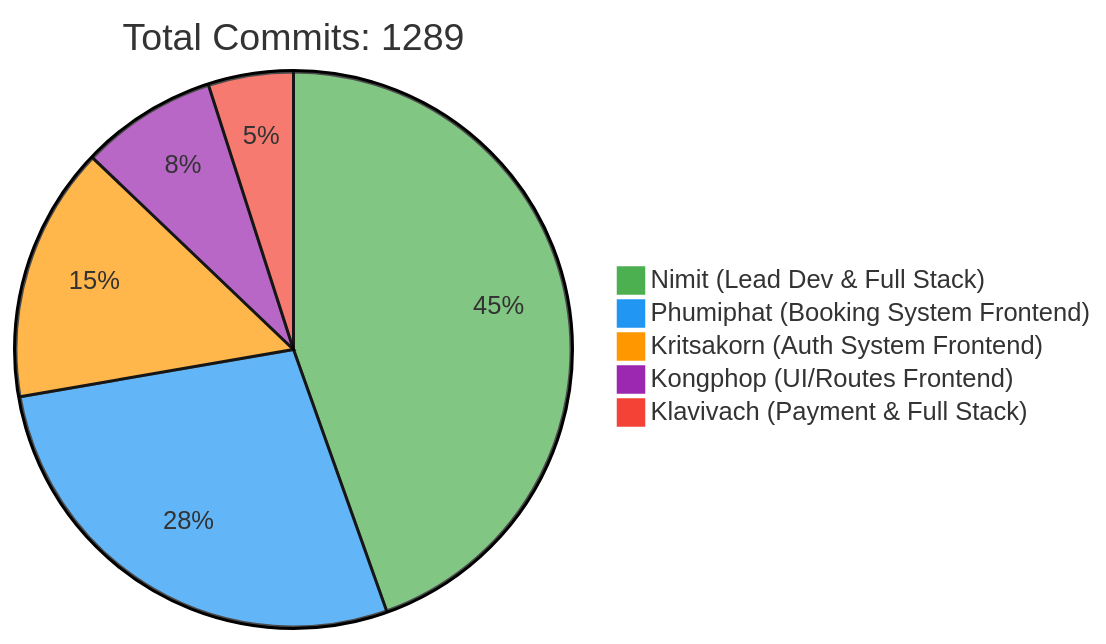
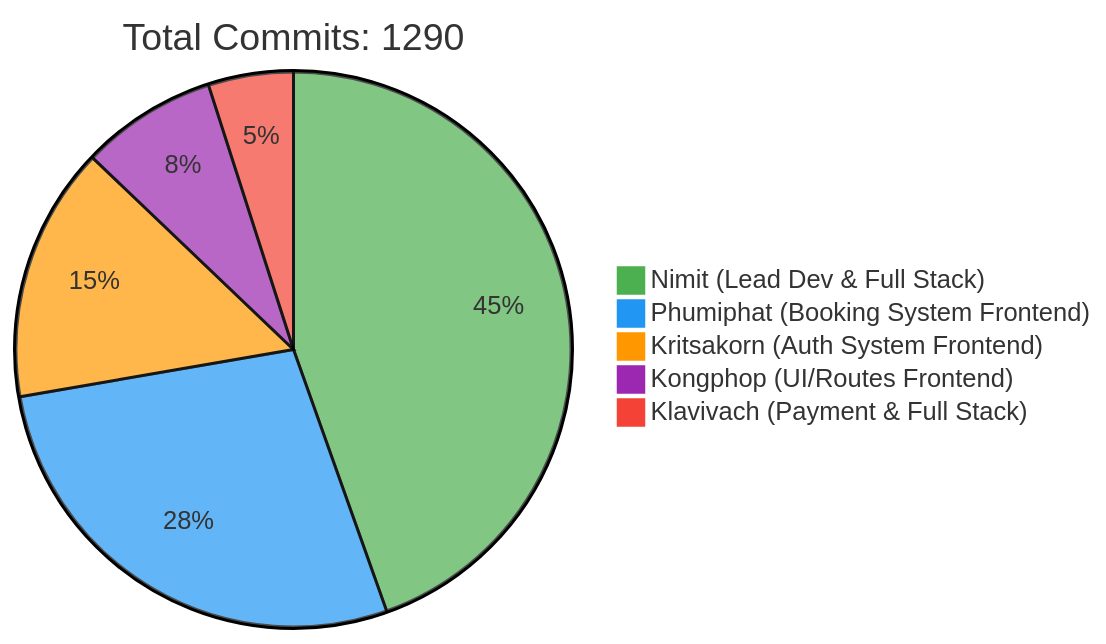
The first of 2 diagrams in README.md (6531503042/Sport-Complex), drawn with Mermaid before and after one commit. The commit also changed other lines of this file, not shown here.

Commit message:
docs: Update contributor statistics [skip ci]

````diff
--- a/README.md
+++ b/README.md
@@ -257,10 +257,10 @@
 ```mermaid
 %%{init: {'theme': 'base', 'themeVariables': { 'pie1': '#4CAF50', 'pie2': '#2196F3', 'pie3': '#FF9800', 'pie4': '#9C27B0', 'pie5': '#F44336'}}}%%
 pie
-    title Total Commits: 1289
+    title Total Commits: 1290
     "Nimit (Lead Dev & Full Stack)" : 450
     "Phumiphat (Booking System Frontend)" : 280
     "Kritsakorn (Auth System Frontend)" : 150
     "Kongphop (UI/Routes Frontend)" : 80
     "Klavivach (Payment & Full Stack)" : 50
 ```
````
